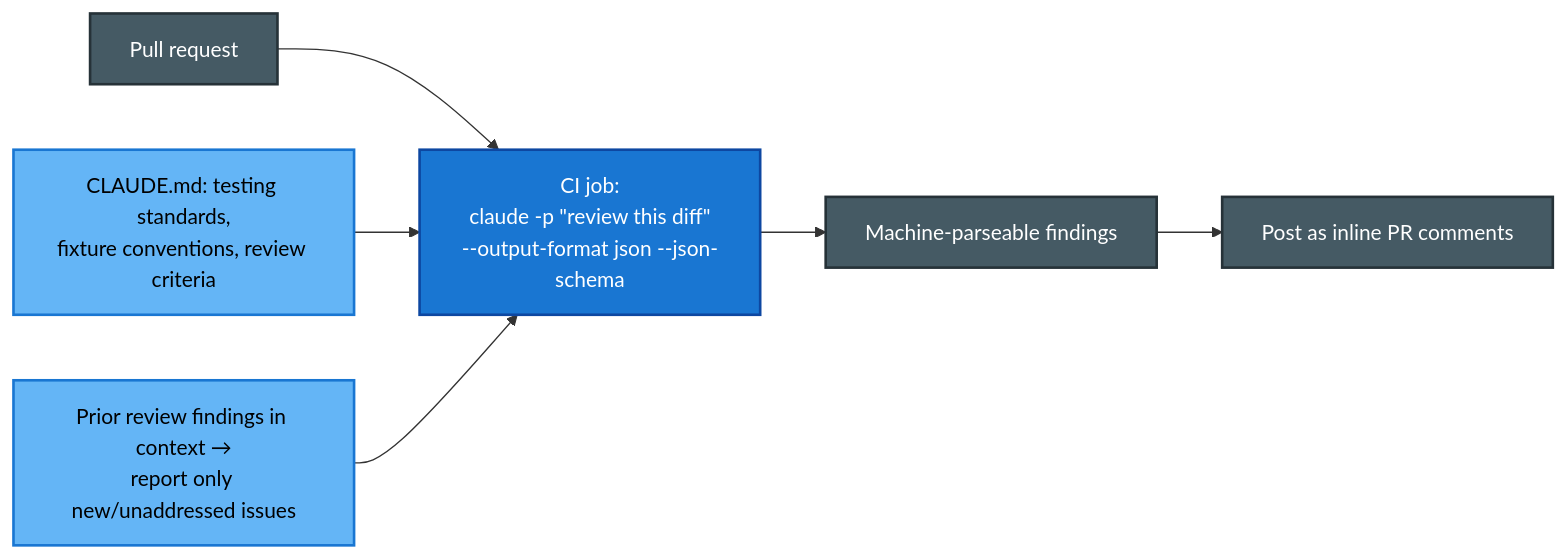
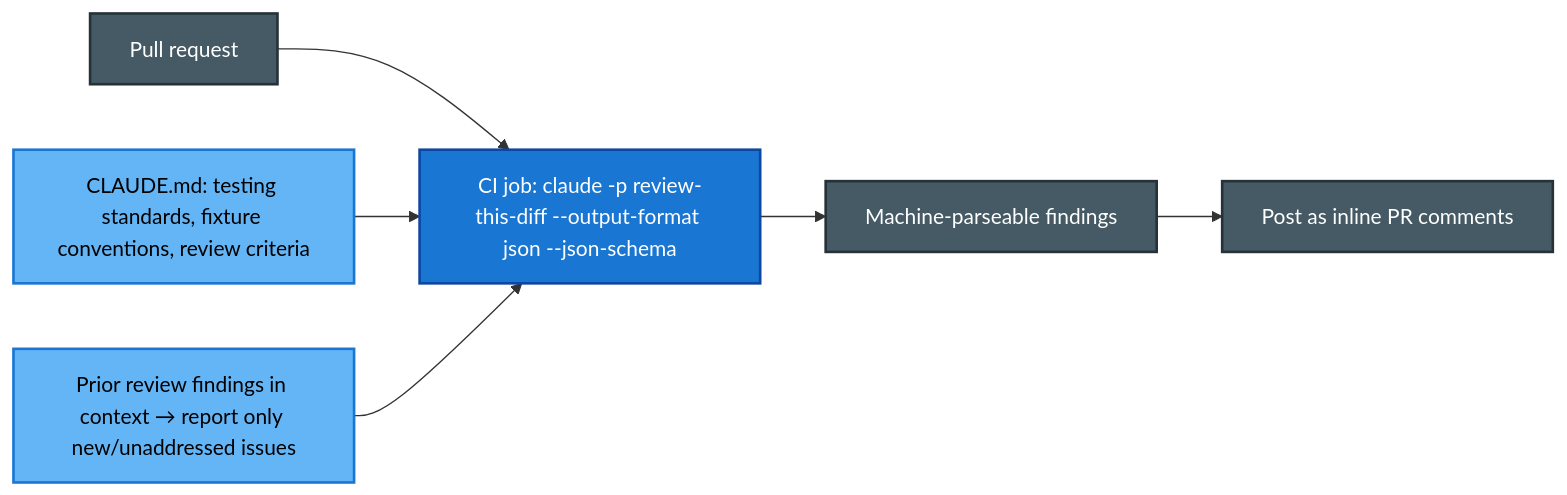
The fourth of 12 diagrams in CCA-F/domains/d3-claude-code.md (parmar-m/claude-architect-certification-prep), drawn with Mermaid before and after one commit. The commit also changed other lines of this file and 25 other files, not shown here.

````diff
--- a/CCA-F/domains/d3-claude-code.md
+++ b/CCA-F/domains/d3-claude-code.md
@@ -184,14 +210,14 @@
 ```mermaid
 flowchart LR
-    PR[Pull request] --> CI["CI job:<br/>claude -p &quot;review this diff&quot;<br/>--output-format json --json-schema"]
-    CLAUDEMD["CLAUDE.md: testing standards,<br/>fixture conventions, review criteria"] --> CI
+    PR[Pull request] --> CI["CI job: claude -p review-this-diff --output-format json --json-schema"]
+    CLAUDEMD["CLAUDE.md: testing standards, fixture conventions, review criteria"] --> CI
     CI --> OUT["Machine-parseable findings"]
     OUT --> POST["Post as inline PR comments"]
-    PRIOR["Prior review findings in context →<br/>report only new/unaddressed issues"] --> CI
+    PRIOR["Prior review findings in context → report only new/unaddressed issues"] --> CI
     classDef ci fill:#1976D2,color:#fff,stroke:#0D47A1,stroke-width:2px
     classDef in fill:#64B5F6,color:#000,stroke:#1976D2,stroke-width:2px
     classDef io fill:#455A64,color:#fff,stroke:#263238,stroke-width:2px
     class CI ci
     class CLAUDEMD,PRIOR in
     class PR,OUT,POST io
 ```
````
